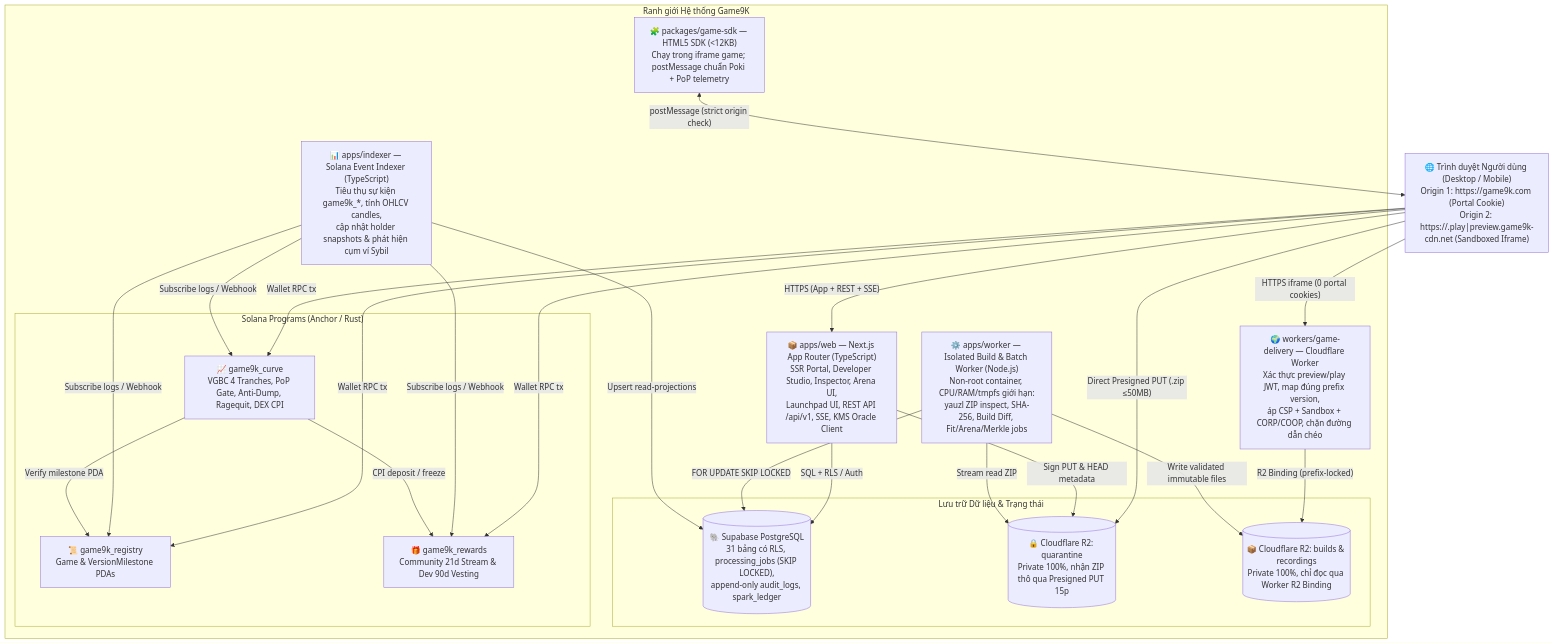
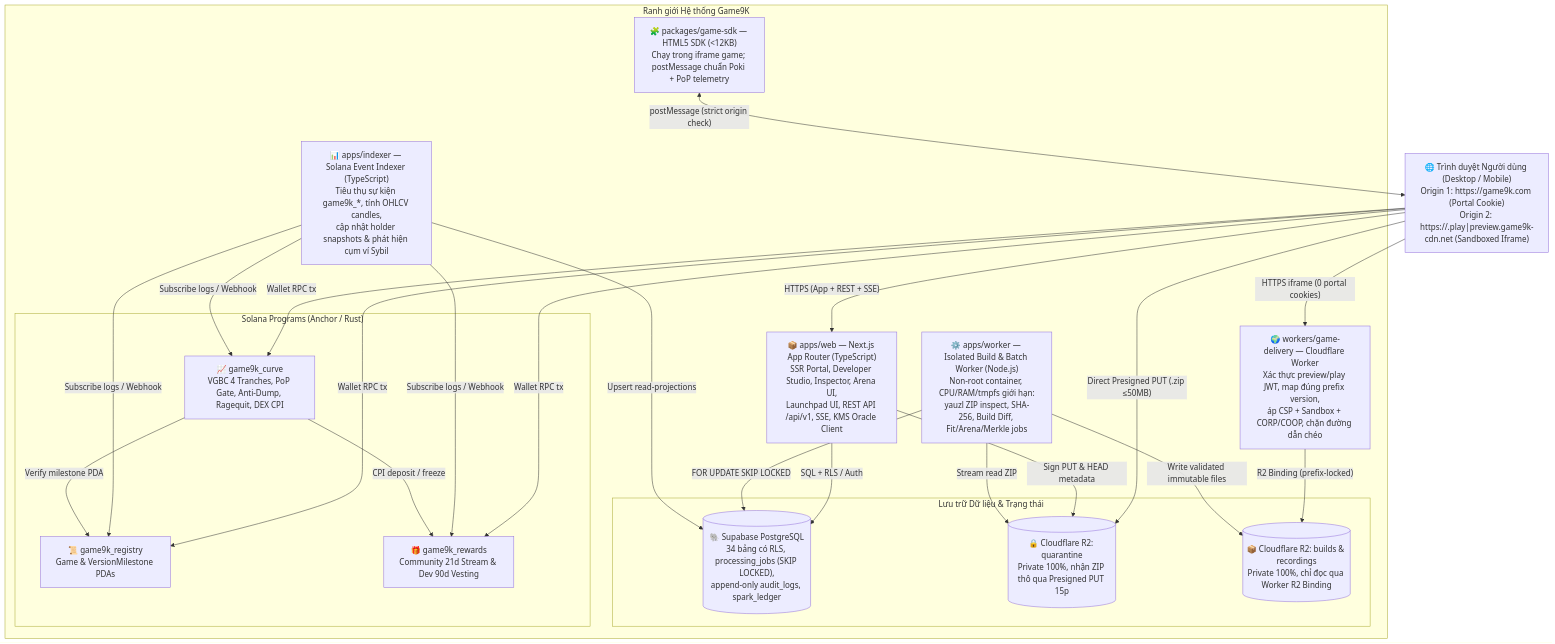
Before and after one commit to khanhlegood1/GameFun: the second of 4 diagrams in docs/05-c4-architecture-and-nfr.md, drawn with Mermaid. The commit also changed other lines of this file and 6 other files, not shown here.

````diff
--- a/docs/05-c4-architecture-and-nfr.md
+++ b/docs/05-c4-architecture-and-nfr.md
@@ -53,45 +53,45 @@
 ```mermaid
 flowchart TB
     Browser["🌐 Trình duyệt Người dùng (Desktop / Mobile)<br/>Origin 1: https://game9k.com (Portal Cookie)<br/>Origin 2: https://<vid>.play|preview.game9k-cdn.net (Sandboxed Iframe)"]
 
     subgraph PortalBoundary["Ranh giới Hệ thống Game9K"]
         Web["📦 apps/web — Next.js App Router (TypeScript)<br/>SSR Portal, Developer Studio, Inspector, Arena UI,<br/>Launchpad UI, REST API /api/v1, SSE, KMS Oracle Client"]
         Worker["⚙️ apps/worker — Isolated Build & Batch Worker (Node.js)<br/>Non-root container, CPU/RAM/tmpfs giới hạn:<br/>yauzl ZIP inspect, SHA-256, Build Diff, Fit/Arena/Merkle jobs"]
         Indexer["📊 apps/indexer — Solana Event Indexer (TypeScript)<br/>Tiêu thụ sự kiện game9k_*, tính OHLCV candles,<br/>cập nhật holder snapshots & phát hiện cụm ví Sybil"]
         EdgeW["🌍 workers/game-delivery — Cloudflare Worker<br/>Xác thực preview/play JWT, map đúng prefix version,<br/>áp CSP + Sandbox + CORP/COOP, chặn đường dẫn chéo"]
         SDK["🧩 packages/game-sdk — HTML5 SDK (<12KB)<br/>Chạy trong iframe game; postMessage chuẩn Poki + PoP telemetry"]
 
         subgraph DataLayer["Lưu trữ Dữ liệu & Trạng thái"]
-            PG[("🐘 Supabase PostgreSQL<br/>31 bảng có RLS, processing_jobs (SKIP LOCKED),<br/>append-only audit_logs, spark_ledger")]
+            PG[("🐘 Supabase PostgreSQL<br/>34 bảng có RLS, processing_jobs (SKIP LOCKED),<br/>append-only audit_logs, spark_ledger")]
             R2Q[("🔒 Cloudflare R2: quarantine<br/>Private 100%, nhận ZIP thô qua Presigned PUT 15p")]
             R2B[("📦 Cloudflare R2: builds & recordings<br/>Private 100%, chỉ đọc qua Worker R2 Binding")]
         end
 
         subgraph OnChain["Solana Programs (Anchor / Rust)"]
             ProgReg["📜 game9k_registry<br/>Game & VersionMilestone PDAs"]
             ProgCurve["📈 game9k_curve<br/>VGBC 4 Tranches, PoP Gate, Anti-Dump, Ragequit, DEX CPI"]
             ProgRew["🎁 game9k_rewards<br/>Community 21d Stream & Dev 90d Vesting"]
         end
     end
 
     Browser -->|"HTTPS (App + REST + SSE)"| Web
     Browser -->|"Direct Presigned PUT (.zip ≤50MB)"| R2Q
     Browser -->|"HTTPS iframe (0 portal cookies)"| EdgeW
     SDK <-->|"postMessage (strict origin check)"| Browser
     Browser -->|"Wallet RPC tx"| ProgReg
     Browser -->|"Wallet RPC tx"| ProgCurve
     Browser -->|"Wallet RPC tx"| ProgRew
 
     EdgeW -->|"R2 Binding (prefix-locked)"| R2B
     Web -->|"SQL + RLS / Auth"| PG
     Web -->|"Sign PUT & HEAD metadata"| R2Q
     Worker -->|"FOR UPDATE SKIP LOCKED"| PG
     Worker -->|"Stream read ZIP"| R2Q
     Worker -->|"Write validated immutable files"| R2B
     Indexer -->|"Subscribe logs / Webhook"| ProgCurve
     Indexer -->|"Subscribe logs / Webhook"| ProgReg
     Indexer -->|"Subscribe logs / Webhook"| ProgRew
     Indexer -->|"Upsert read-projections"| PG
     ProgCurve -->|"Verify milestone PDA"| ProgReg
     ProgCurve -->|"CPI deposit / freeze"| ProgRew
 ```
````
